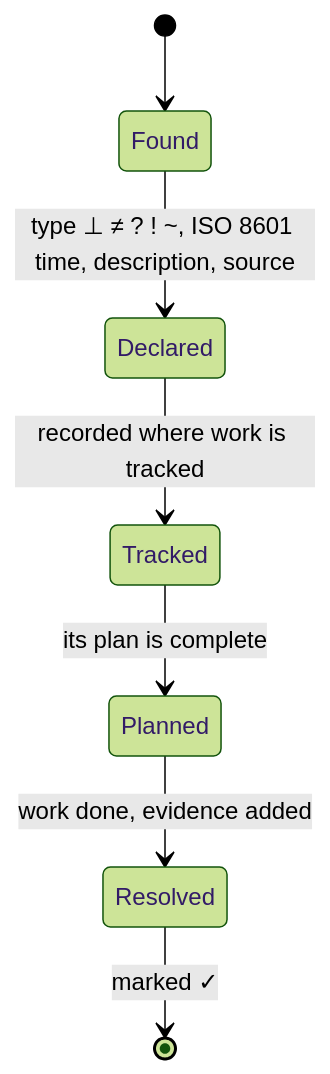
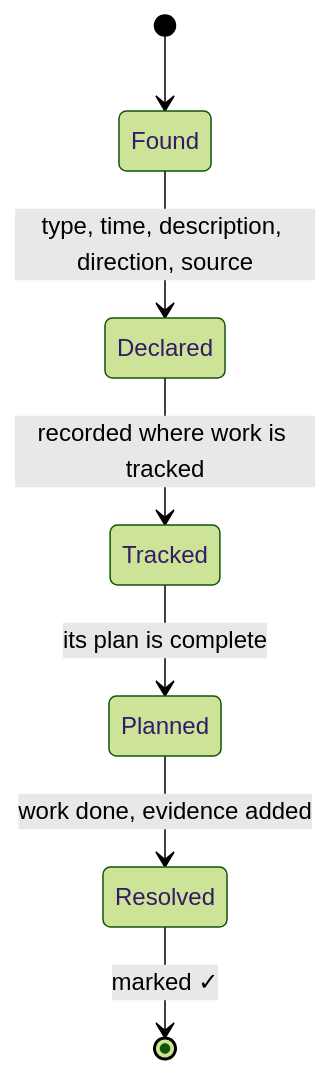
Diagram 13 of 14 in AGENTS.md (SolenixAI/arbiter), drawn with Mermaid (forest theme) before and after one commit. The commit also changed other lines of this file, not shown here.

````diff
--- a/AGENTS.md
+++ b/AGENTS.md
@@ -527,9 +536,9 @@
 ```mermaid
 stateDiagram-v2
   [*] --> Found
-  Found --> Declared: type ⊥ ≠ ? ! ~, ISO 8601 time, description, source
+  Found --> Declared: type, time, description, direction, source
   Declared --> Tracked: recorded where work is tracked
   Tracked --> Planned: its plan is complete
   Planned --> Resolved: work done, evidence added
   Resolved --> [*]: marked ✓
 ```
````
